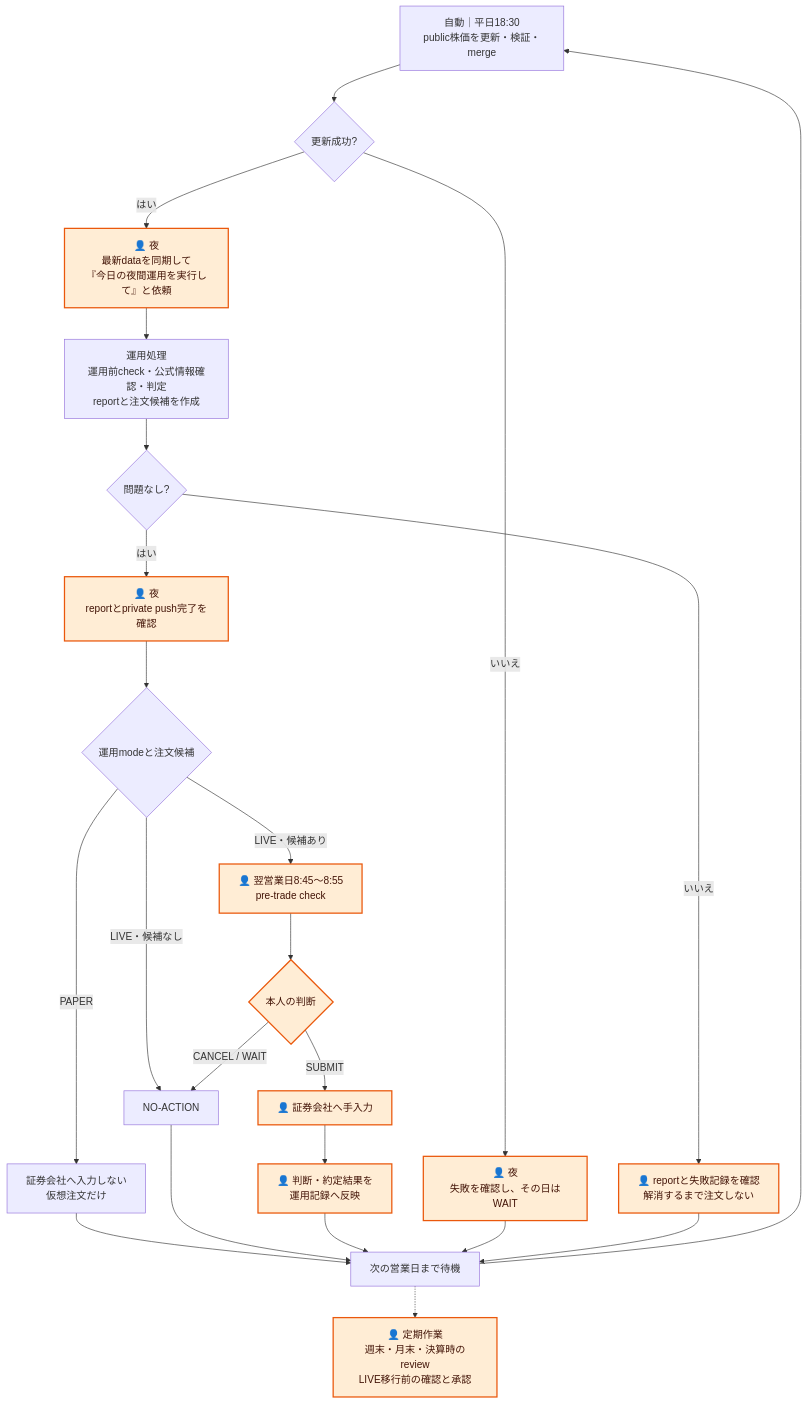
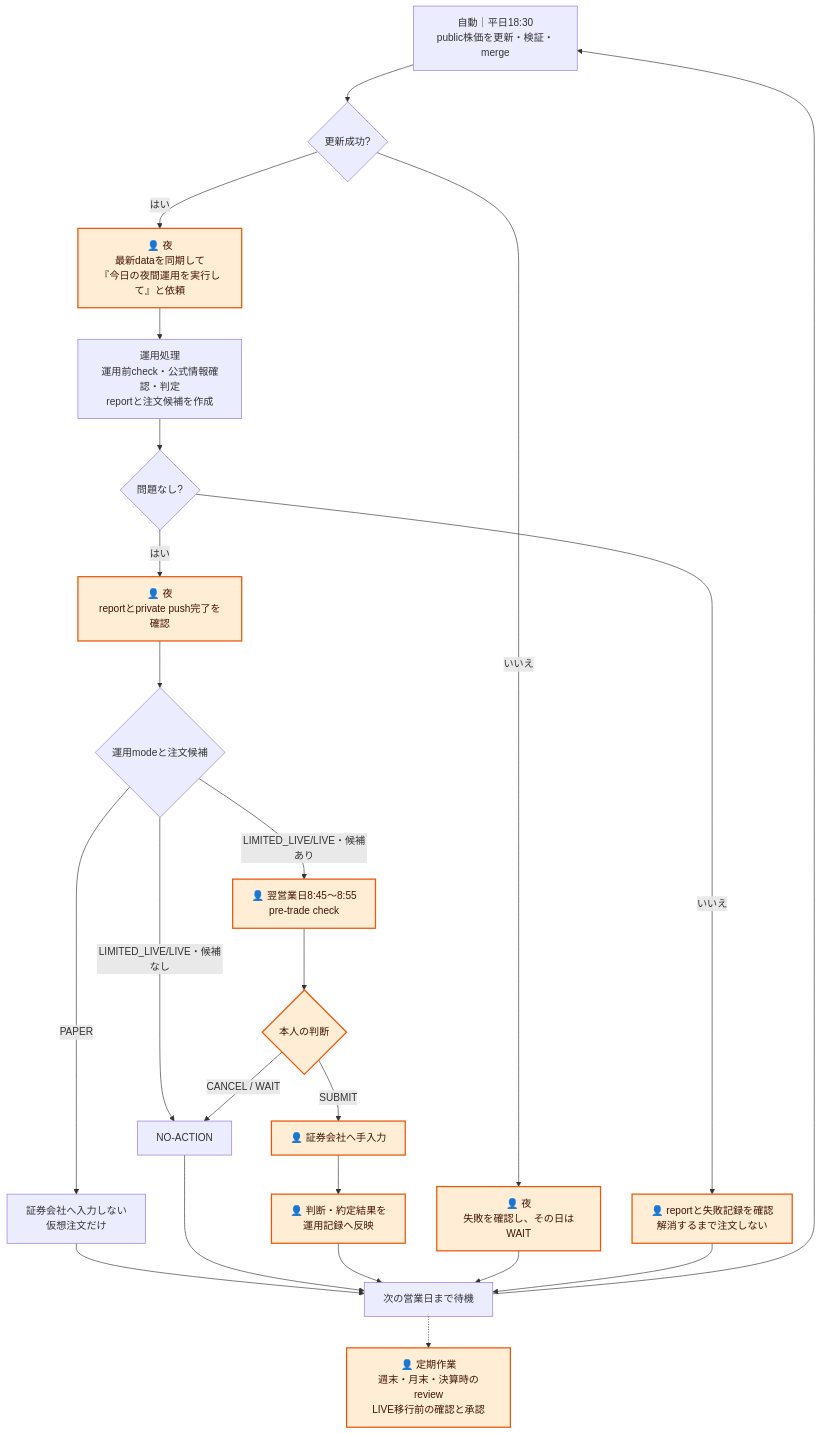
One commit to kkyosuke/stock.jp.private changed the diagram in README.md. Above: the diagram before and after it, drawn with Mermaid. The commit also changed other lines of this file and 7 other files, not shown here.

```diff
--- a/README.md
+++ b/README.md
@@ -54,28 +54,28 @@
 ~~~mermaid
 flowchart TD
     A["自動｜平日18:30<br/>public株価を更新・検証・merge"] --> B{"更新成功?"}
     B -->|"いいえ"| STOP["👤 夜<br/>失敗を確認し、その日はWAIT"]
     B -->|"はい"| C["👤 夜<br/>最新dataを同期して<br/>『今日の夜間運用を実行して』と依頼"]
     C --> D["運用処理<br/>運用前check・公式情報確認・判定<br/>reportと注文候補を作成"]
     D --> E{"問題なし?"}
     E -->|"いいえ"| WAIT["👤 reportと失敗記録を確認<br/>解消するまで注文しない"]
     E -->|"はい"| F["👤 夜<br/>reportとprivate push完了を確認"]
     F --> G{"運用modeと注文候補"}
     G -->|"PAPER"| P["証券会社へ入力しない<br/>仮想注文だけ"]
-    G -->|"LIVE・候補なし"| Q["NO-ACTION"]
-    G -->|"LIVE・候補あり"| H["👤 翌営業日8:45〜8:55<br/>pre-trade check"]
+    G -->|"LIMITED_LIVE/LIVE・候補なし"| Q["NO-ACTION"]
+    G -->|"LIMITED_LIVE/LIVE・候補あり"| H["👤 翌営業日8:45〜8:55<br/>pre-trade check"]
     H --> I{"本人の判断"}
     I -->|"SUBMIT"| J["👤 証券会社へ手入力"]
     I -->|"CANCEL / WAIT"| Q
     J --> K["👤 判断・約定結果を<br/>運用記録へ反映"]
     P --> L["次の営業日まで待機"]
     Q --> L
     K --> L
     STOP --> L
     WAIT --> L
     L --> A
     L -.-> M["👤 定期作業<br/>週末・月末・決算時のreview<br/>LIVE移行前の確認と承認"]
 
     classDef human fill:#ffedd5,stroke:#ea580c,stroke-width:2px,color:#431407
     class STOP,C,WAIT,F,H,I,J,K,M human
 ~~~
```
